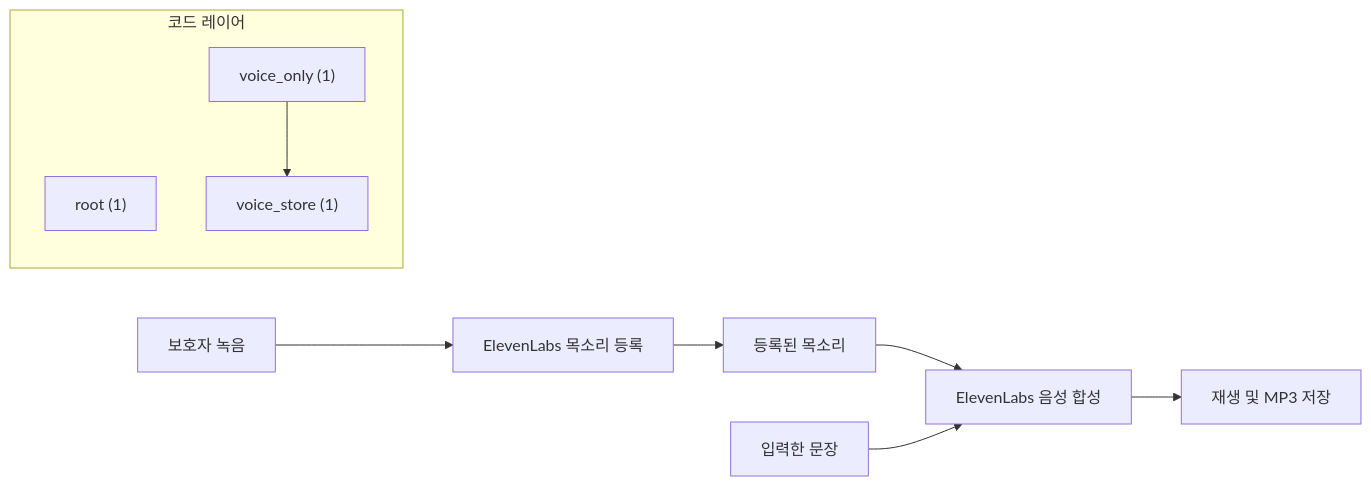
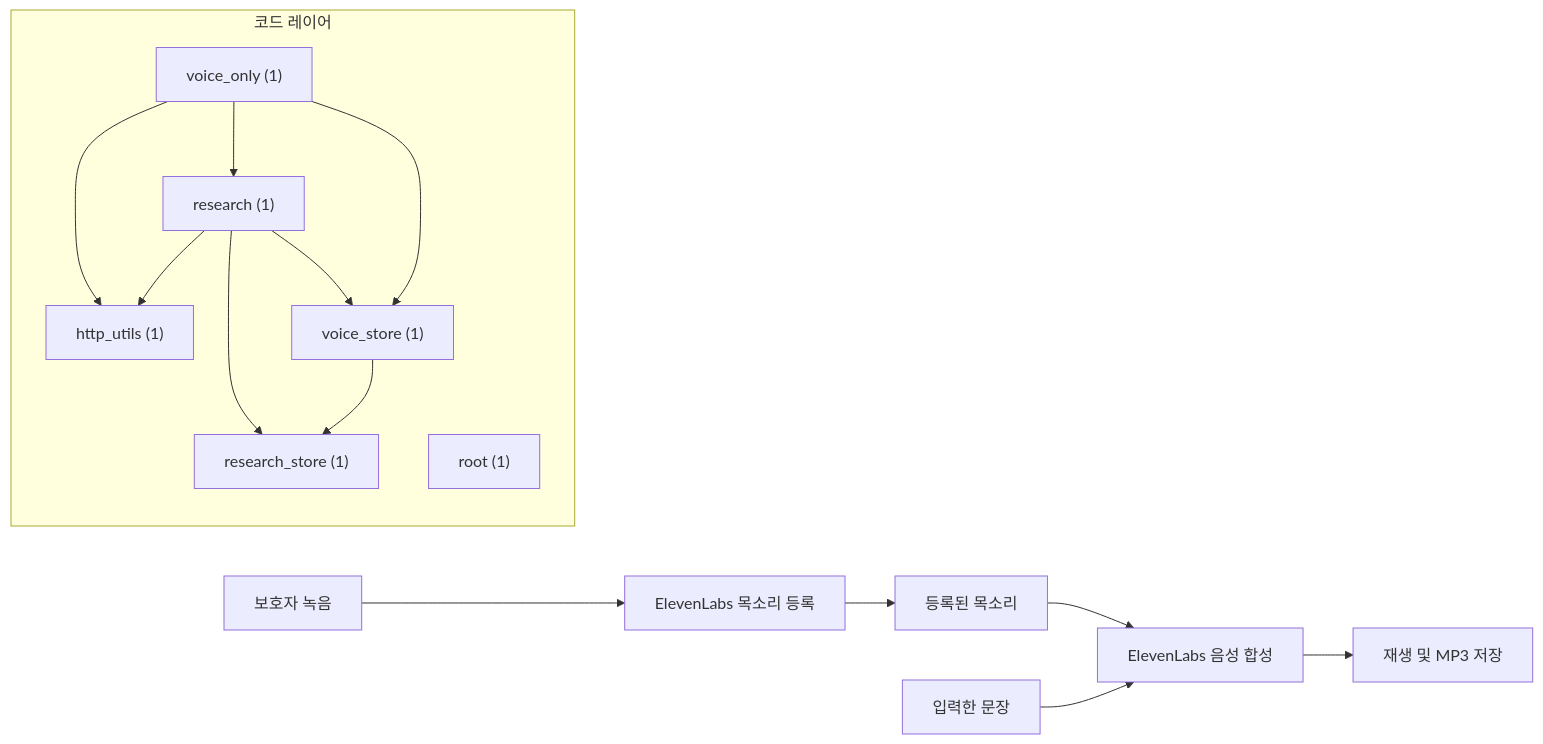
One commit to GracieRho/KoF5-TTS-delirium changed the diagram in architecture/generated/project-map.mmd. Above: the diagram before and after it, drawn with Mermaid. The commit also changed 19 other files, not shown here.

```diff
--- a/architecture/generated/project-map.mmd
+++ b/architecture/generated/project-map.mmd
@@ -1,13 +1,22 @@
 flowchart LR
   mic["보호자 녹음"] --> enroll["ElevenLabs 목소리 등록"]
   enroll --> voice["등록된 목소리"]
   voice --> tts["ElevenLabs 음성 합성"]
   text["입력한 문장"] --> tts
   tts --> mp3["재생 및 MP3 저장"]
 
   subgraph code["코드 레이어"]
+    layer_http_utils["http_utils (1)"]
+    layer_research["research (1)"]
+    layer_research_store["research_store (1)"]
     layer_root["root (1)"]
     layer_voice_only["voice_only (1)"]
     layer_voice_store["voice_store (1)"]
+    layer_research --> layer_http_utils
+    layer_research --> layer_research_store
+    layer_research --> layer_voice_store
+    layer_voice_only --> layer_http_utils
+    layer_voice_only --> layer_research
     layer_voice_only --> layer_voice_store
+    layer_voice_store --> layer_research_store
   end
```
